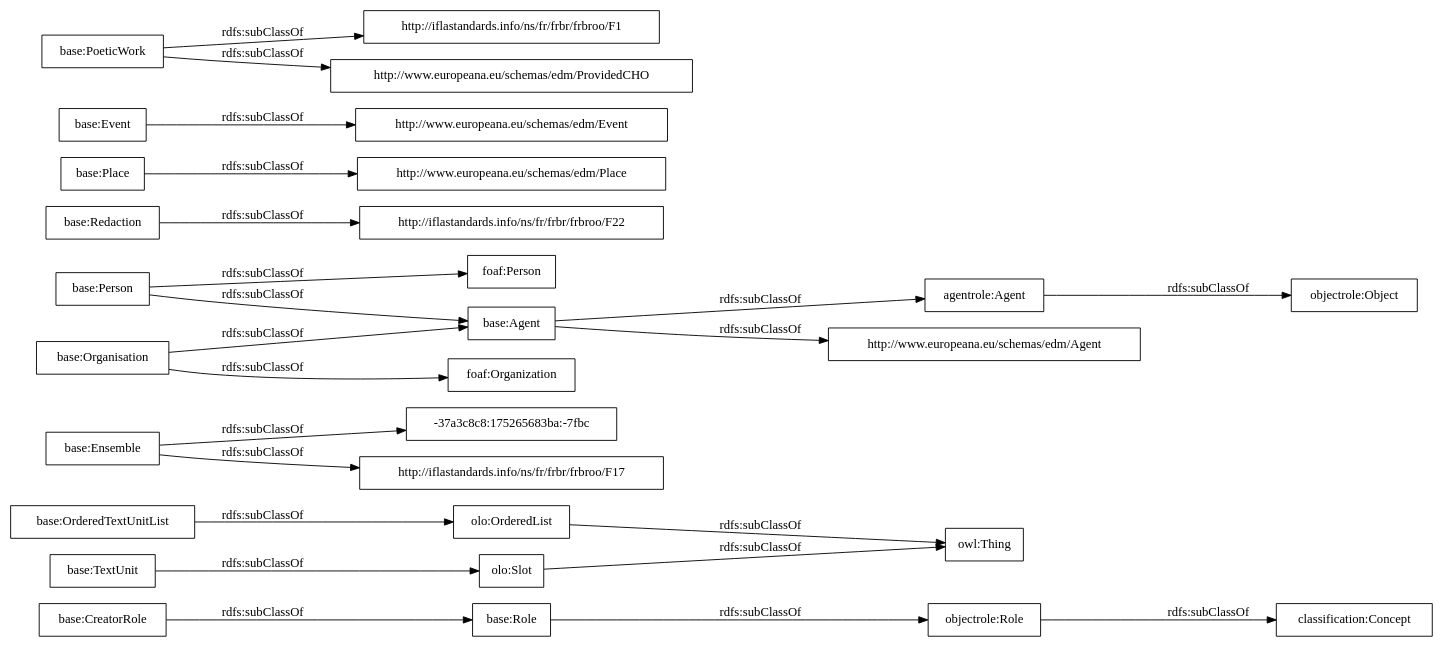
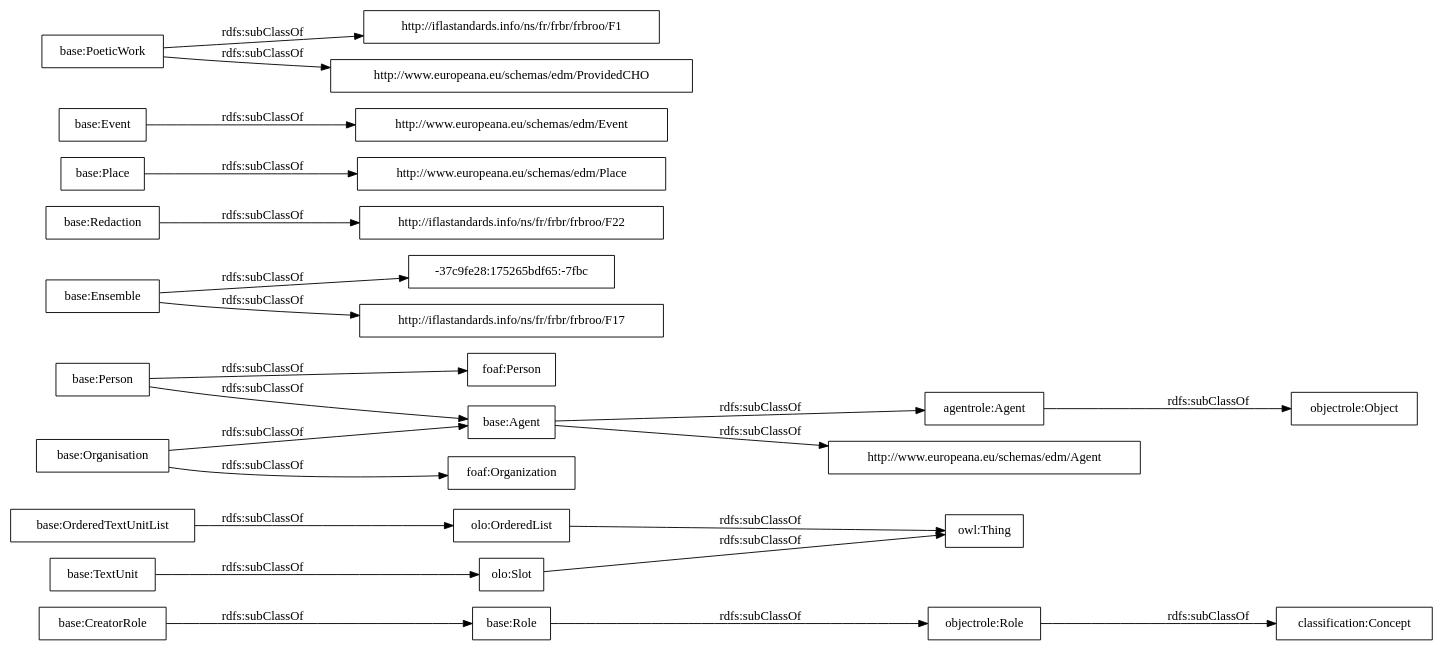
The diagram in OnToology/postdata-core.owl/diagrams/ar2dtool-taxonomy/postdata-core.owl.png.dot (OnToologyUser/core-ontology-1), drawn with Graphviz before and after one commit. The commit also changed 14 other files, not shown here.

```diff
--- a/OnToology/postdata-core.owl/diagrams/ar2dtool-taxonomy/postdata-core.owl.png.dot
+++ b/OnToology/postdata-core.owl/diagrams/ar2dtool-taxonomy/postdata-core.owl.png.dot
@@ -1,27 +1,27 @@
 digraph ar2dtool_diagram { 
 rankdir=LR;
 size="1000"
-node [shape = rectangle, color="black"]; "base:Role" "base:OrderedTextUnitList" "-37a3c8c8:175265683ba:-7fbc" "agentrole:Agent" "http://iflastandards.info/ns/fr/frbr/frbroo/F22" "http://www.europeana.eu/schemas/edm/Agent" "base:Agent" "base:CreatorRole" "base:Person" "base:Organisation" "http://www.europeana.eu/schemas/edm/Place" "base:Redaction" "base:Ensemble" "foaf:Person" "http://www.europeana.eu/schemas/edm/Event" "base:TextUnit" "http://iflastandards.info/ns/fr/frbr/frbroo/F1" "foaf:Organization" "http://www.europeana.eu/schemas/edm/ProvidedCHO" "base:Place" "base:Event" "base:PoeticWork" "http://iflastandards.info/ns/fr/frbr/frbroo/F17" "owl:Thing" "objectrole:Role" "objectrole:Object" "olo:Slot" "olo:OrderedList" "classification:Concept" ; /*classes style*/
+node [shape = rectangle, color="black"]; "base:Role" "base:OrderedTextUnitList" "agentrole:Agent" "-37c9fe28:175265bdf65:-7fbc" "http://iflastandards.info/ns/fr/frbr/frbroo/F22" "http://www.europeana.eu/schemas/edm/Agent" "base:Agent" "base:CreatorRole" "base:Person" "base:Organisation" "http://www.europeana.eu/schemas/edm/Place" "base:Redaction" "base:Ensemble" "foaf:Person" "http://www.europeana.eu/schemas/edm/Event" "base:TextUnit" "http://iflastandards.info/ns/fr/frbr/frbroo/F1" "foaf:Organization" "http://www.europeana.eu/schemas/edm/ProvidedCHO" "base:Place" "base:Event" "base:PoeticWork" "http://iflastandards.info/ns/fr/frbr/frbroo/F17" "owl:Thing" "objectrole:Role" "objectrole:Object" "olo:Slot" "olo:OrderedList" "classification:Concept" ; /*classes style*/
 	"base:Redaction" -> "http://iflastandards.info/ns/fr/frbr/frbroo/F22" [ label = "rdfs:subClassOf" ];
 	"base:Role" -> "objectrole:Role" [ label = "rdfs:subClassOf" ];
 	"base:Event" -> "http://www.europeana.eu/schemas/edm/Event" [ label = "rdfs:subClassOf" ];
 	"base:Person" -> "foaf:Person" [ label = "rdfs:subClassOf" ];
 	"base:Person" -> "base:Agent" [ label = "rdfs:subClassOf" ];
 	"olo:OrderedList" -> "owl:Thing" [ label = "rdfs:subClassOf" ];
 	"olo:Slot" -> "owl:Thing" [ label = "rdfs:subClassOf" ];
 	"base:PoeticWork" -> "http://www.europeana.eu/schemas/edm/ProvidedCHO" [ label = "rdfs:subClassOf" ];
 	"base:PoeticWork" -> "http://iflastandards.info/ns/fr/frbr/frbroo/F1" [ label = "rdfs:subClassOf" ];
 	"base:TextUnit" -> "olo:Slot" [ label = "rdfs:subClassOf" ];
 	"agentrole:Agent" -> "objectrole:Object" [ label = "rdfs:subClassOf" ];
-	"base:Ensemble" -> "-37a3c8c8:175265683ba:-7fbc" [ label = "rdfs:subClassOf" ];
+	"base:Ensemble" -> "-37c9fe28:175265bdf65:-7fbc" [ label = "rdfs:subClassOf" ];
 	"base:Ensemble" -> "http://iflastandards.info/ns/fr/frbr/frbroo/F17" [ label = "rdfs:subClassOf" ];
 	"base:OrderedTextUnitList" -> "olo:OrderedList" [ label = "rdfs:subClassOf" ];
 	"base:Agent" -> "agentrole:Agent" [ label = "rdfs:subClassOf" ];
 	"base:Agent" -> "http://www.europeana.eu/schemas/edm/Agent" [ label = "rdfs:subClassOf" ];
 	"objectrole:Role" -> "classification:Concept" [ label = "rdfs:subClassOf" ];
 	"base:Place" -> "http://www.europeana.eu/schemas/edm/Place" [ label = "rdfs:subClassOf" ];
 	"base:Organisation" -> "foaf:Organization" [ label = "rdfs:subClassOf" ];
 	"base:Organisation" -> "base:Agent" [ label = "rdfs:subClassOf" ];
 	"base:CreatorRole" -> "base:Role" [ label = "rdfs:subClassOf" ];
 
 }
```
